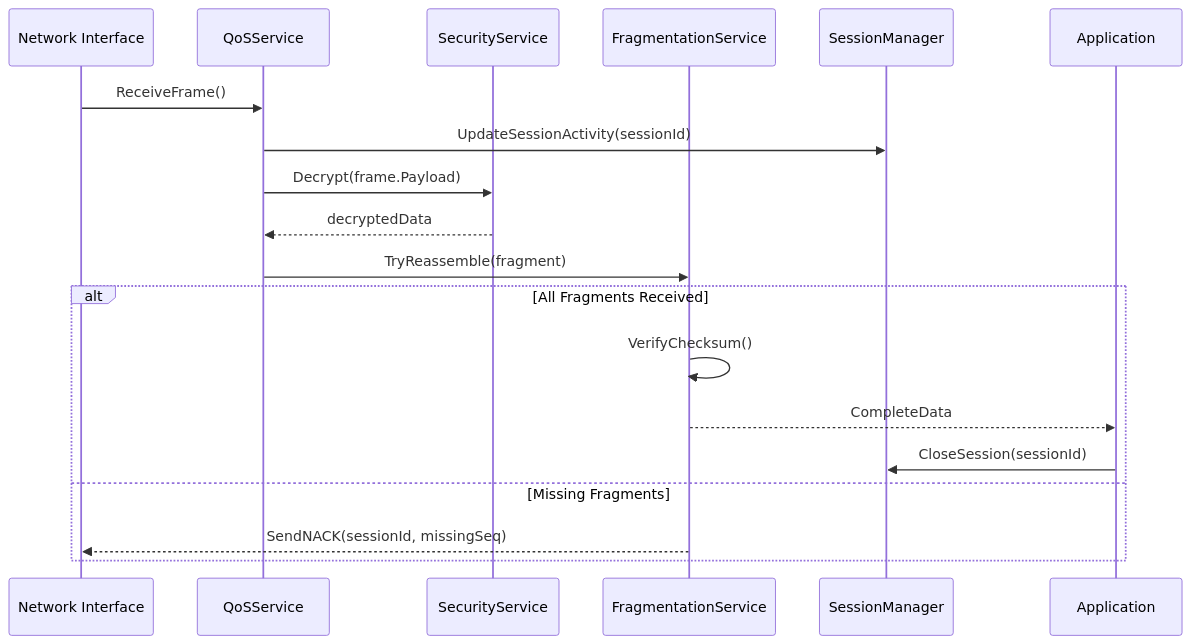
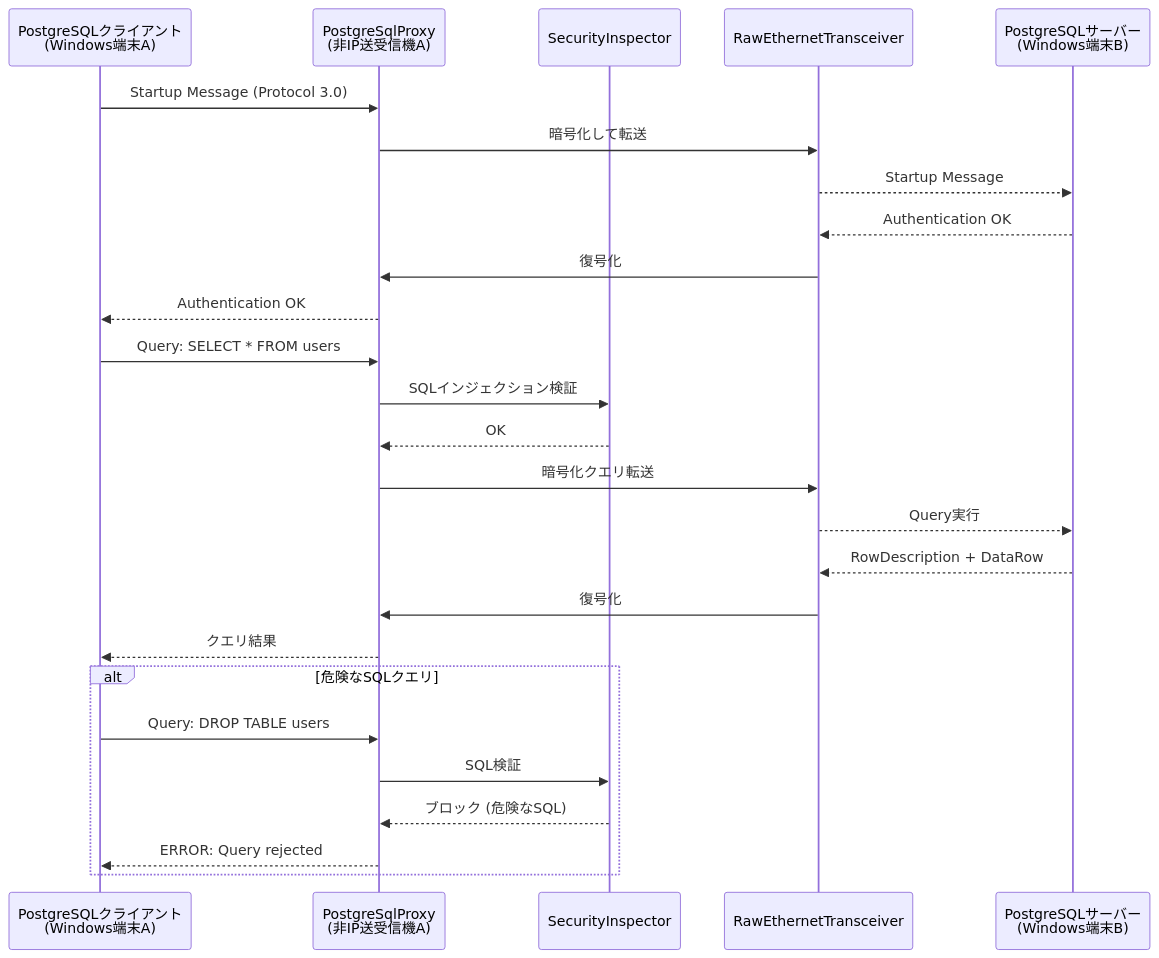
One commit to InvestorX/Non-IP-File-Delivery changed the third of 5 diagrams in functionaldesign.md. Above: the diagram before and after it, drawn with Mermaid. The commit also changed other lines of this file and 1 other file, not shown here.

````diff
--- a/functionaldesign.md
+++ b/functionaldesign.md
@@ -228,23 +274,34 @@
 ```mermaid
 sequenceDiagram
-    participant NIC as Network Interface
-    participant QoS as QoSService
-    participant SEC as SecurityService
-    participant FS as FragmentationService
-    participant SM as SessionManager
-    participant App as Application
+    participant PgClient as PostgreSQLクライアント<br/>(Windows端末A)
+    participant PgProxy as PostgreSqlProxy<br/>(非IP送受信機A)
+    participant SecInsp as SecurityInspector
+    participant RawEth as RawEthernetTransceiver
+    participant PgServer as PostgreSQLサーバー<br/>(Windows端末B)
     
-    NIC->>QoS: ReceiveFrame()
-    QoS->>SM: UpdateSessionActivity(sessionId)
-    QoS->>SEC: Decrypt(frame.Payload)
-    SEC-->>QoS: decryptedData
-    QoS->>FS: TryReassemble(fragment)
+    PgClient->>PgProxy: Startup Message (Protocol 3.0)
+    PgProxy->>RawEth: 暗号化して転送
+    RawEth-->>PgServer: Startup Message
     
-    alt All Fragments Received
-        FS->>FS: VerifyChecksum()
-        FS-->>App: CompleteData
-        App->>SM: CloseSession(sessionId)
-    else Missing Fragments
-        FS-->>NIC: SendNACK(sessionId, missingSeq)
+    PgServer-->>RawEth: Authentication OK
+    RawEth->>PgProxy: 復号化
+    PgProxy-->>PgClient: Authentication OK
+    
+    PgClient->>PgProxy: Query: SELECT * FROM users
+    PgProxy->>SecInsp: SQLインジェクション検証
+    SecInsp-->>PgProxy: OK
+    
+    PgProxy->>RawEth: 暗号化クエリ転送
+    RawEth-->>PgServer: Query実行
+    
+    PgServer-->>RawEth: RowDescription + DataRow
+    RawEth->>PgProxy: 復号化
+    PgProxy-->>PgClient: クエリ結果
+    
+    alt 危険なSQLクエリ
+        PgClient->>PgProxy: Query: DROP TABLE users
+        PgProxy->>SecInsp: SQL検証
+        SecInsp-->>PgProxy: ブロック (危険なSQL)
+        PgProxy-->>PgClient: ERROR: Query rejected
     end
 ```
````
